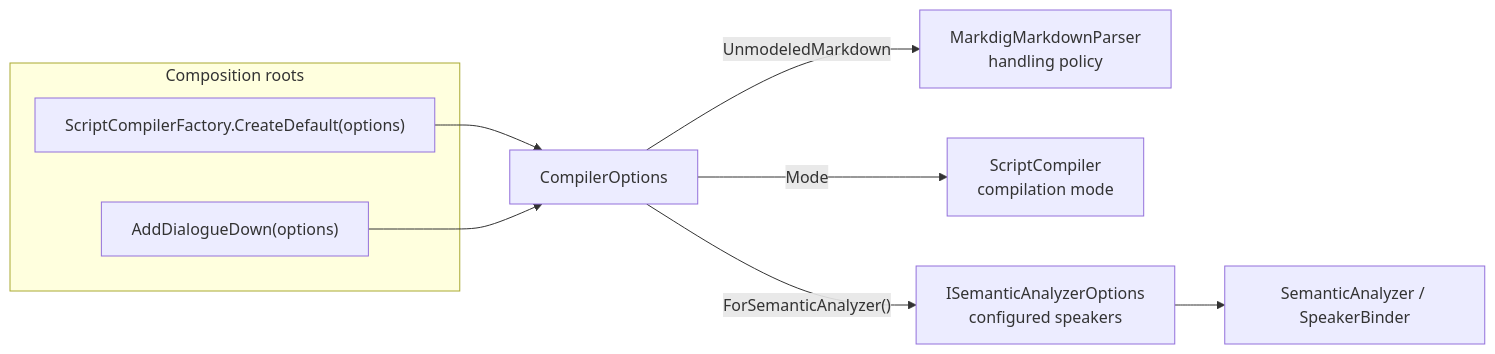
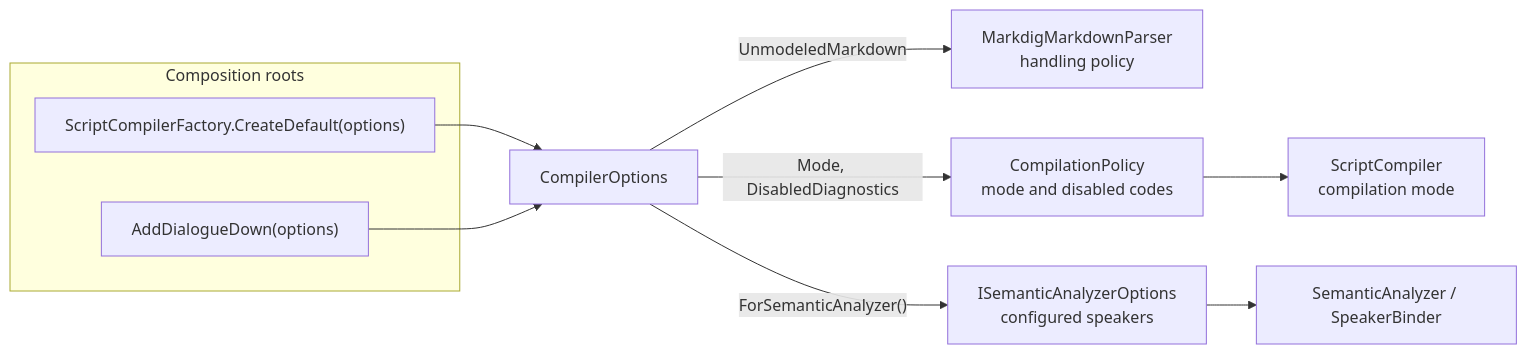
One commit to pengzhengyi/dialoguedown changed the diagram in docs/contributing/design-notes/configuration/Configuration.md. Above: the diagram before and after it, drawn with Mermaid. The commit also changed other lines of this file and 8 other files, not shown here.

First line of the commit message:
docs(design-notes): mark Disabled Diagnostics implemented and crosscheck it

````diff
--- a/docs/contributing/design-notes/configuration/Configuration.md
+++ b/docs/contributing/design-notes/configuration/Configuration.md
@@ -25,18 +26,19 @@
 ```mermaid
 flowchart LR
     subgraph roots["Composition roots"]
         F["ScriptCompilerFactory.CreateDefault(options)"]
         D["AddDialogueDown(options)"]
     end
     O["CompilerOptions"]
     M["MarkdigMarkdownParser<br/>handling policy"]
     C["ScriptCompiler<br/>compilation mode"]
     S["ISemanticAnalyzerOptions<br/>configured speakers"]
     A["SemanticAnalyzer / SpeakerBinder"]
+    P["CompilationPolicy<br/>mode and disabled codes"]
 
     F --> O
     D --> O
     O -->|"UnmodeledMarkdown"| M
-    O -->|"Mode"| C
+    O -->|"Mode, DisabledDiagnostics"| P --> C
     O -->|"ForSemanticAnalyzer()"| S --> A
 ```
````
